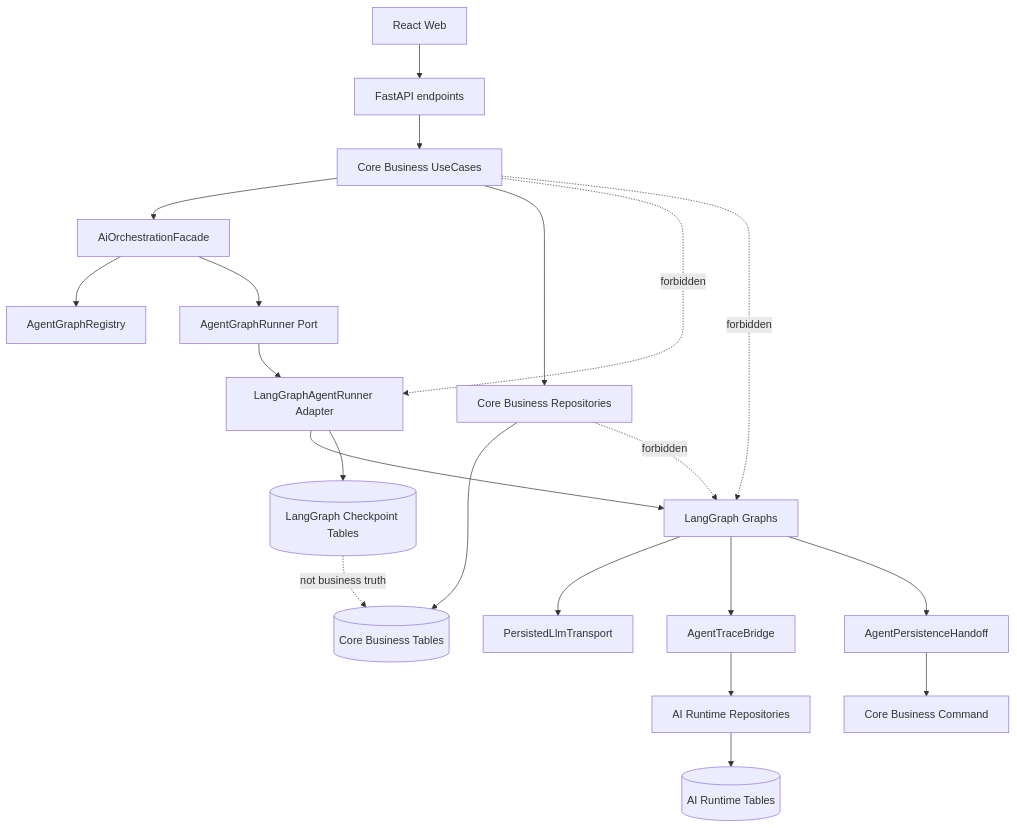
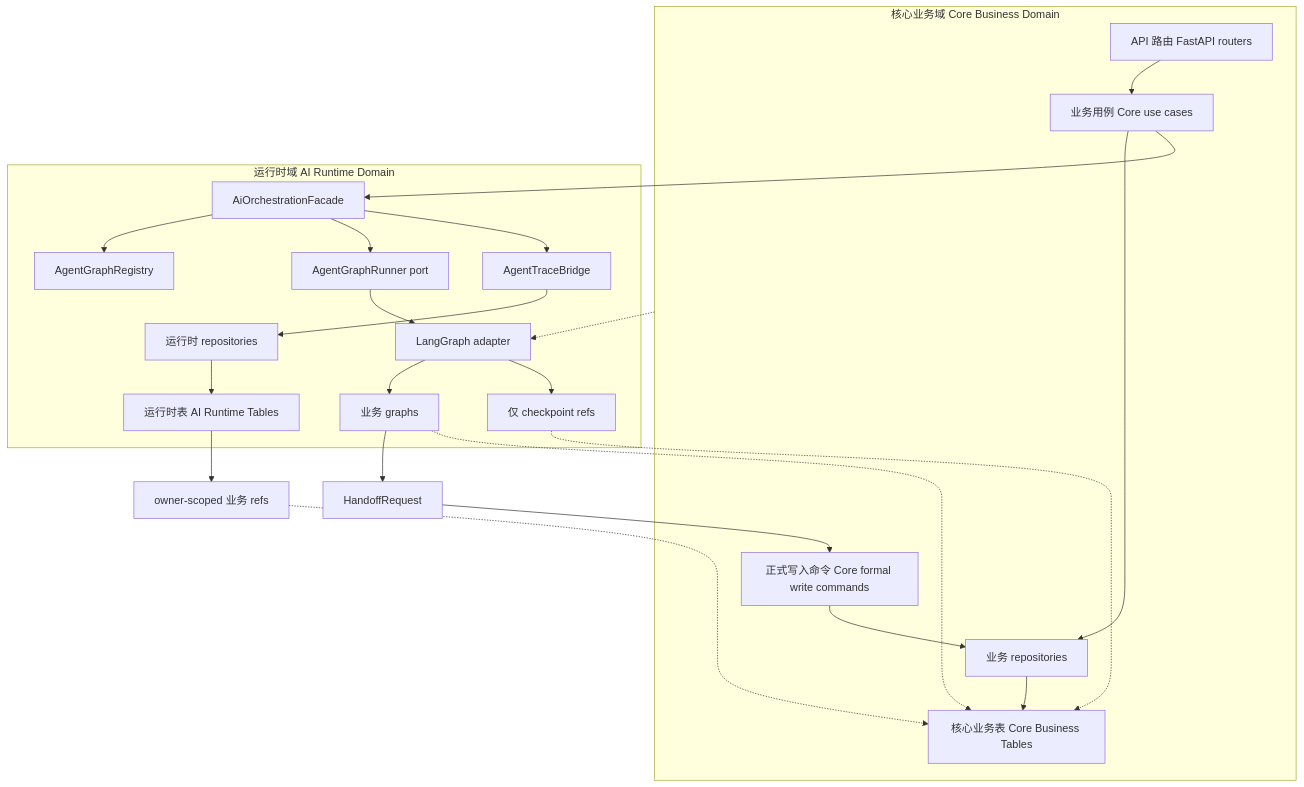
Before and after one commit to linxiecoder/AiForInterviewer: the third of 11 diagrams in docs/03-delivery/refactor-multiagent-langgraph-implementation/01_ARCHITECTURE_ASIS_TOBE.md, drawn with Mermaid. The commit also changed other lines of this file and 10 other files, not shown here.

````diff
--- a/docs/03-delivery/refactor-multiagent-langgraph-implementation/01_ARCHITECTURE_ASIS_TOBE.md
+++ b/docs/03-delivery/refactor-multiagent-langgraph-implementation/01_ARCHITECTURE_ASIS_TOBE.md
@@ -56,24 +199,44 @@
 ```mermaid
 flowchart TB
-  Web[React Web] --> API[FastAPI endpoints]
-  API --> Core[Core Business UseCases]
-  Core --> Facade[AiOrchestrationFacade]
-  Facade --> Registry[AgentGraphRegistry]
-  Facade --> RunnerPort[AgentGraphRunner Port]
-  RunnerPort --> LGAdapter[LangGraphAgentRunner Adapter]
-  LGAdapter --> Graphs[LangGraph Graphs]
-  Graphs --> Transport[PersistedLlmTransport]
-  Graphs --> TraceBridge[AgentTraceBridge]
-  Graphs --> Handoff[AgentPersistenceHandoff]
-  Handoff --> CoreCommand[Core Business Command]
-  TraceBridge --> RuntimeRepo[AI Runtime Repositories]
-  RuntimeRepo --> RuntimeTables[(AI Runtime Tables)]
-  LGAdapter --> Checkpoints[(LangGraph Checkpoint Tables)]
-  Core --> BizRepo[Core Business Repositories]
-  BizRepo --> BizTables[(Core Business Tables)]
+  subgraph Core["核心业务域 Core Business Domain"]
+    Api["API 路由 FastAPI routers"]
+    CoreUc["业务用例 Core use cases"]
+    CoreCmd["正式写入命令 Core formal write commands"]
+    BizRepo["业务 repositories"]
+    BizTables["核心业务表 Core Business Tables"]
+    Api --> CoreUc
+    CoreUc --> BizRepo
+    CoreCmd --> BizRepo
+    BizRepo --> BizTables
+  end
 
-  Core -. forbidden .-> LGAdapter
-  Core -. forbidden .-> Graphs
-  BizRepo -. forbidden .-> Graphs
-  Checkpoints -. not business truth .-> BizTables
+  subgraph Runtime["运行时域 AI Runtime Domain"]
+    Facade["AiOrchestrationFacade"]
+    Registry["AgentGraphRegistry"]
+    RunnerPort["AgentGraphRunner port"]
+    TraceBridge["AgentTraceBridge"]
+    RuntimeRepo["运行时 repositories"]
+    RuntimeTables["运行时表 AI Runtime Tables"]
+    LangAdapter["LangGraph adapter"]
+    Graphs["业务 graphs"]
+    CheckpointRefs["仅 checkpoint refs"]
+    Facade --> Registry
+    Facade --> RunnerPort
+    Facade --> TraceBridge
+    TraceBridge --> RuntimeRepo
+    RuntimeRepo --> RuntimeTables
+    RunnerPort --> LangAdapter
+    LangAdapter --> Graphs
+    LangAdapter --> CheckpointRefs
+  end
+
+  CoreUc --> Facade
+  Graphs --> Handoff["HandoffRequest"]
+  Handoff --> CoreCmd
+  RuntimeTables --> BizRefs["owner-scoped 业务 refs"]
+  BizRefs -.-> BizTables
+
+  Core -.-> LangAdapter
+  Graphs -.-> BizTables
+  CheckpointRefs -.-> BizTables
 ```
````
